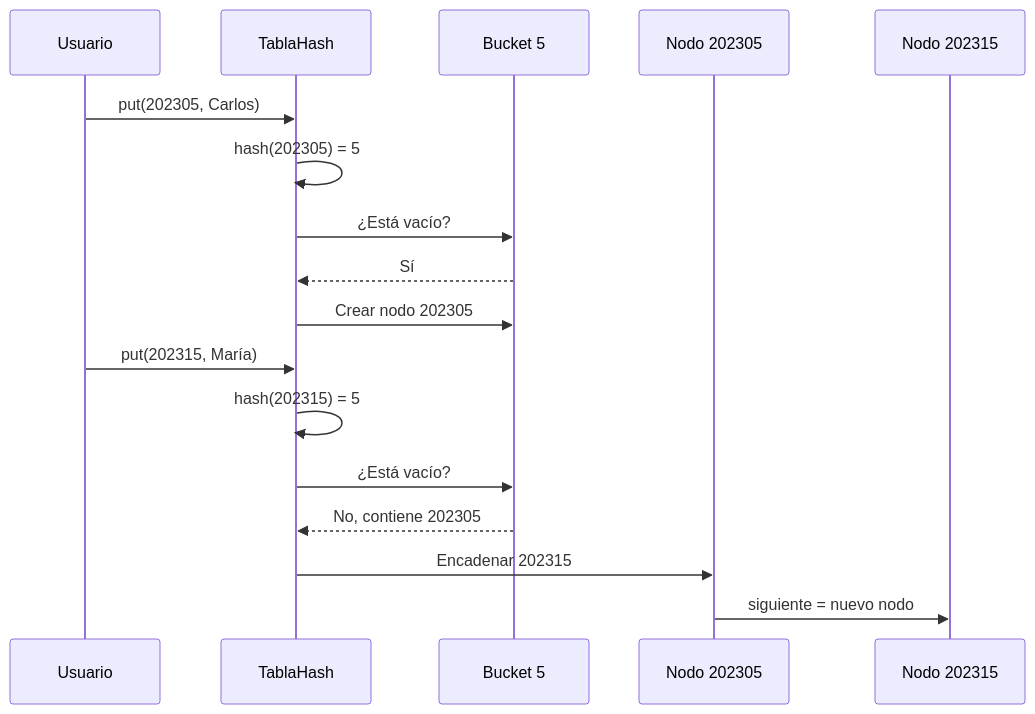
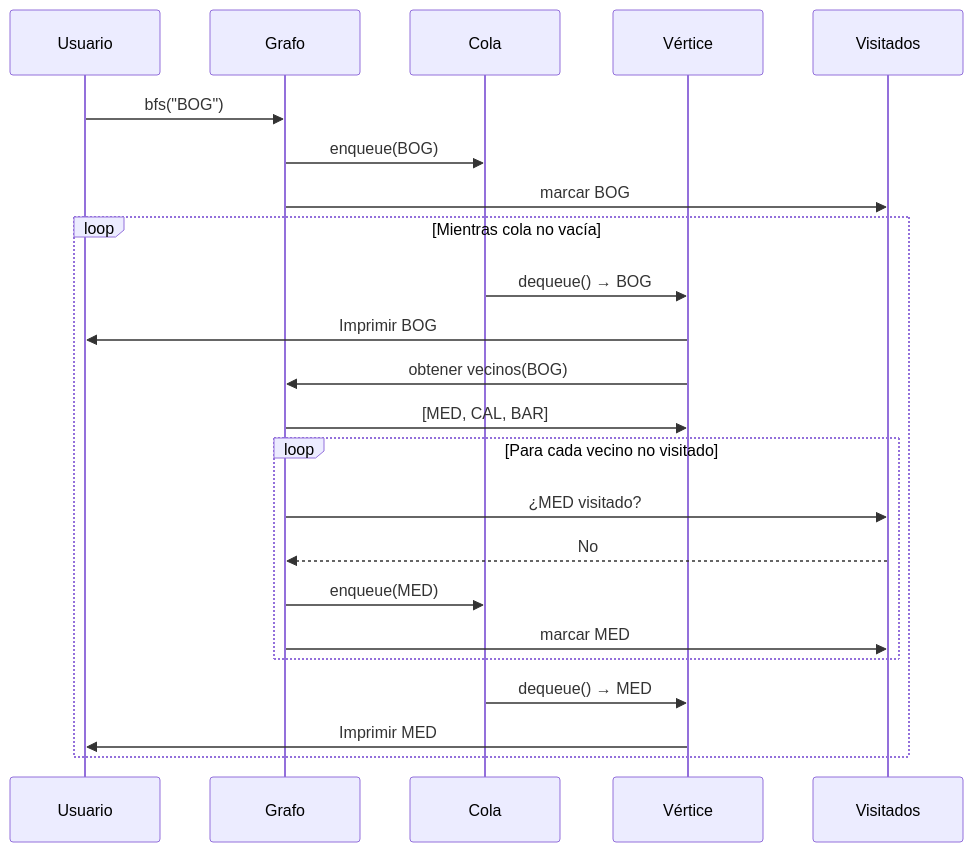
Before and after one commit to rraulherediaa/PracticasEstructurasDatos: the fourth of 10 diagrams in MERMAID.md, drawn with Mermaid. The commit also changed other lines of this file and 3 other files, not shown here.

````diff
--- a/MERMAID.md
+++ b/MERMAID.md
@@ -54,21 +85,30 @@
 ```mermaid
 sequenceDiagram
     participant U as Usuario
-    participant T as TablaHash
-    participant B5 as Bucket 5
-    participant N1 as Nodo 202305
-    participant N2 as Nodo 202315
+    participant G as Grafo
+    participant Q as Cola
+    participant V as Vértice
+    participant Vst as Visitados
     
-    U->>T: put(202305, Carlos)
-    T->>T: hash(202305) = 5
-    T->>B5: ¿Está vacío?
-    B5-->>T: Sí
-    T->>B5: Crear nodo 202305
+    U->>G: bfs("BOG")
+    G->>Q: enqueue(BOG)
+    G->>Vst: marcar BOG
     
-    U->>T: put(202315, María)
-    T->>T: hash(202315) = 5
-    T->>B5: ¿Está vacío?
-    B5-->>T: No, contiene 202305
-    T->>N1: Encadenar 202315
-    N1->>N2: siguiente = nuevo nodo
+    loop Mientras cola no vacía
+        Q->>V: dequeue() → BOG
+        V->>U: Imprimir BOG
+        
+        V->>G: obtener vecinos(BOG)
+        G->>V: [MED, CAL, BAR]
+        
+        loop Para cada vecino no visitado
+            G->>Vst: ¿MED visitado?
+            Vst-->>G: No
+            G->>Q: enqueue(MED)
+            G->>Vst: marcar MED
+        end
+        
+        Q->>V: dequeue() → MED
+        V->>U: Imprimir MED
+    end
 ```
````
